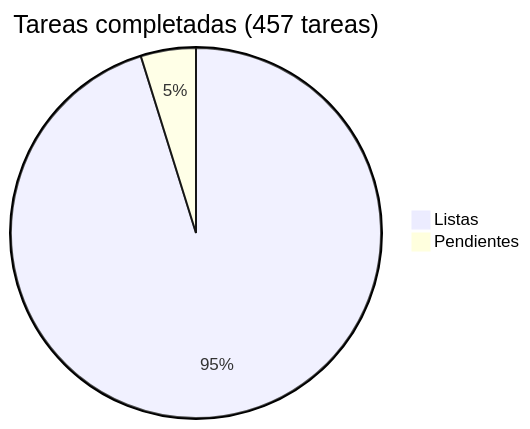
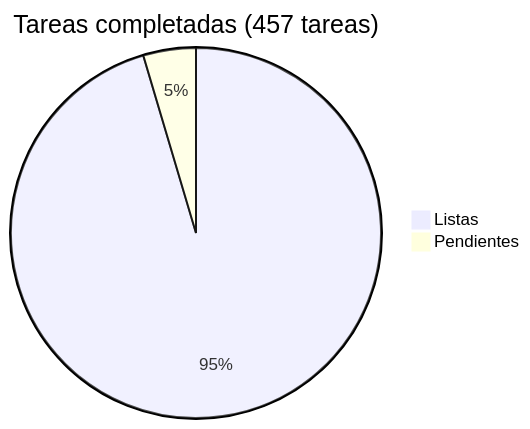
One commit to araguaney-lat/araguaney changed the diagram in docs/roadmap/README.md. Above: the diagram before and after it, drawn with Mermaid. The commit also changed other lines of this file and 3 other files, not shown here.

````diff
--- a/docs/roadmap/README.md
+++ b/docs/roadmap/README.md
@@ -5,5 +5,5 @@
 ```mermaid
 pie title Tareas completadas (457 tareas)
-    "Listas" : 435
-    "Pendientes" : 22
+    "Listas" : 436
+    "Pendientes" : 21
 ```
````
